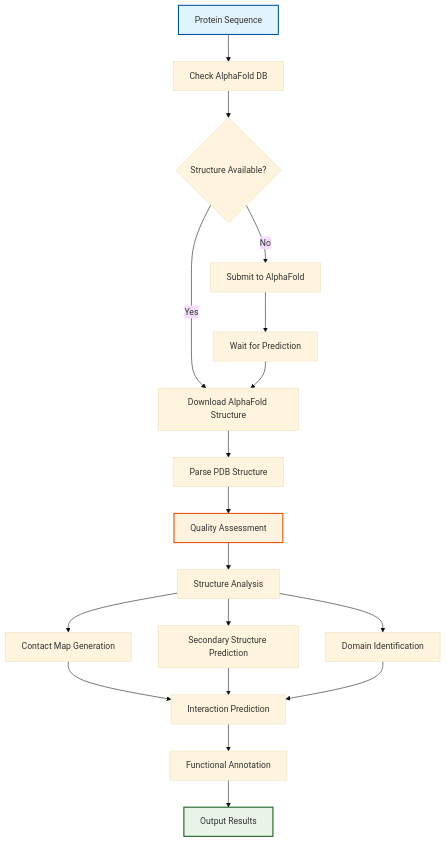
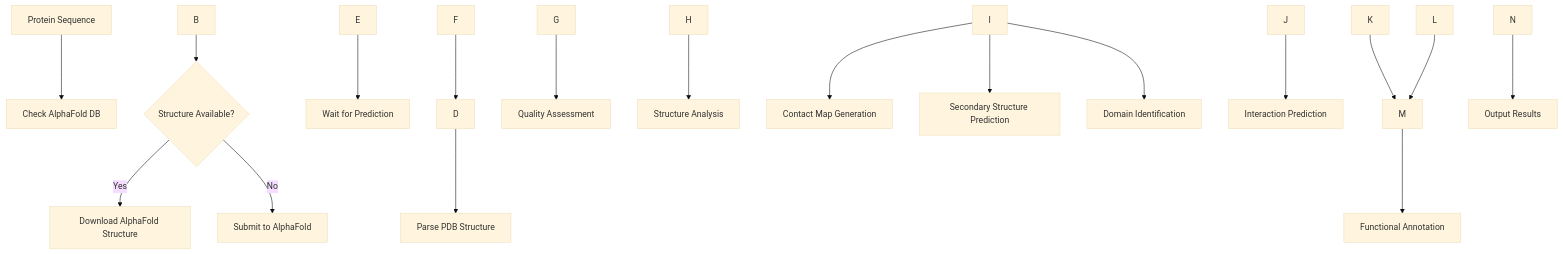
Before and after one commit to docxology/MetaInformAnt: the third of 3 diagrams in src/metainformant/protein/README.md, drawn with Mermaid (base theme). The commit also changed other lines of this file and 611 other files, not shown here.

````diff
--- a/src/metainformant/protein/README.md
+++ b/src/metainformant/protein/README.md
@@ -100,28 +97,25 @@
 ```mermaid
 graph TD
-    A[Protein Sequence] --> B[Check AlphaFold DB]
+    AproteinSequence[Protein Sequence] --> BcheckAlphafoldDb[Check AlphaFold DB]
     B --> C{Structure Available?}
-    C -->|Yes| D[Download AlphaFold Structure]
-    C -->|No| E[Submit to AlphaFold]
-    E --> F[Wait for Prediction]
+    C -->|Yes| DdownloadAlphafoldStructure[Download AlphaFold Structure]
+    C -->|No| EsubmitToAlphafold[Submit to AlphaFold]
+    E --> FwaitForPrediction[Wait for Prediction]
     F --> D
 
-    D --> G[Parse PDB Structure]
-    G --> H[Quality Assessment]
-    H --> I[Structure Analysis]
+    D --> GparsePdbStructure[Parse PDB Structure]
+    G --> HqualityAssessment[Quality Assessment]
+    H --> IstructureAnalysis[Structure Analysis]
 
-    I --> J[Contact Map Generation]
-    I --> K[Secondary Structure Prediction]
-    I --> L[Domain Identification]
+    I --> JcontactMapGeneration[Contact Map Generation]
+    I --> KsecondaryStructurePrediction[Secondary Structure Prediction]
+    I --> LdomainIdentification[Domain Identification]
 
-    J --> M[Interaction Prediction]
+    J --> MinteractionPrediction[Interaction Prediction]
     K --> M
     L --> M
 
-    M --> N[Functional Annotation]
-    N --> O[Output Results]
+    M --> NfunctionalAnnotation[Functional Annotation]
+    N --> OoutputResults[Output Results]
 
-    style A fill:#e1f5fe,stroke:#01579b,stroke-width:2px
-    style H fill:#fff3e0,stroke:#e65100,stroke-width:2px
-    style O fill:#e8f5e8,stroke:#1b5e20,stroke-width:2px
 ```
````
